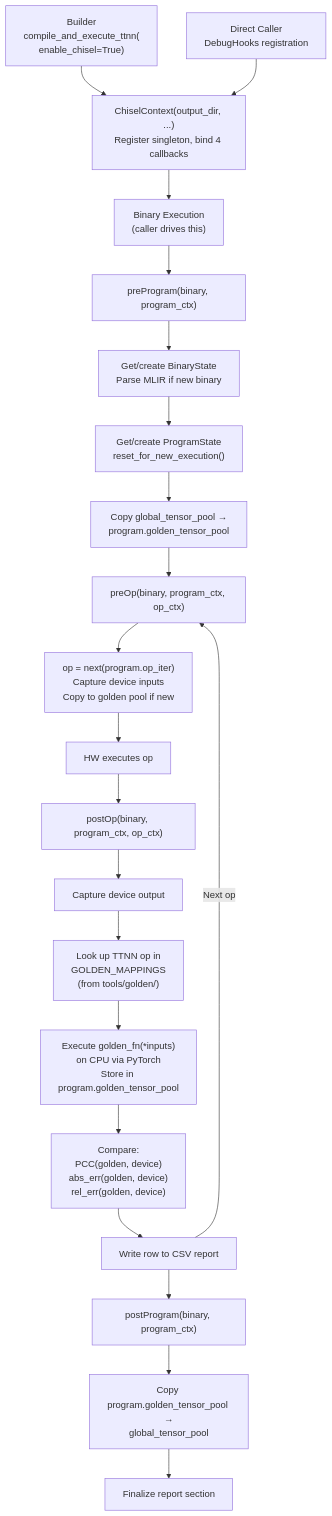
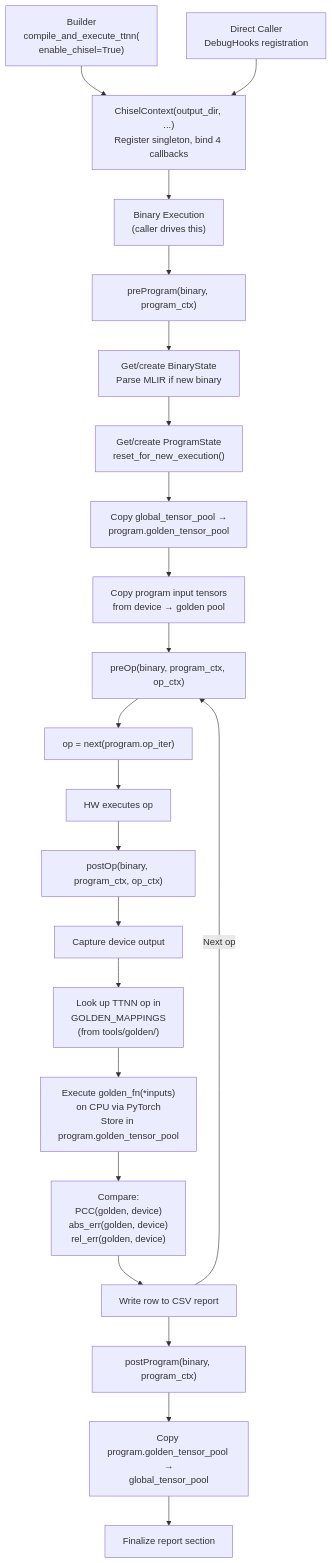
One commit to tenstorrent/tt-mlir changed the second of 4 diagrams in tools/chisel/docs/architecture.md. Above: the diagram before and after it, drawn with Mermaid. The commit also changed other lines of this file and 7 other files, not shown here.

````diff
--- a/tools/chisel/docs/architecture.md
+++ b/tools/chisel/docs/architecture.md
@@ -131,32 +131,33 @@
 ```mermaid
 flowchart TD;
     BUILDER["Builder<br/>compile_and_execute_ttnn(<br/>enable_chisel=True)"]
     DIRECT["Direct Caller<br/>DebugHooks registration"]
 
     BUILDER --> INIT["ChiselContext(output_dir, ...)<br/>Register singleton, bind 4 callbacks"]
     DIRECT --> INIT
 
     INIT --> EXEC["Binary Execution<br/>(caller drives this)"]
 
     EXEC --> PREPROG["preProgram(binary, program_ctx)"]
     PREPROG --> S0["Get/create BinaryState<br/>Parse MLIR if new binary"]
     S0 --> S1["Get/create ProgramState<br/>reset_for_new_execution()"]
     S1 --> S2["Copy global_tensor_pool →<br/>program.golden_tensor_pool"]
+    S2 --> S2b["Copy program input tensors<br/>from device → golden pool"]
 
-    S2 --> PREOP["preOp(binary, program_ctx, op_ctx)"]
-    PREOP --> S3["op = next(program.op_iter)<br/>Capture device inputs<br/>Copy to golden pool if new"]
+    S2b --> PREOP["preOp(binary, program_ctx, op_ctx)"]
+    PREOP --> S3["op = next(program.op_iter)"]
 
     S3 --> HW["HW executes op"]
     HW --> POSTOP["postOp(binary, program_ctx, op_ctx)"]
     POSTOP --> S4["Capture device output"]
     S4 --> S5["Look up TTNN op in<br/>GOLDEN_MAPPINGS<br/>(from tools/golden/)"]
     S5 --> S6["Execute golden_fn(*inputs)<br/>on CPU via PyTorch<br/>Store in program.golden_tensor_pool"]
     S6 --> S7["Compare:<br/>PCC(golden, device)<br/>abs_err(golden, device)<br/>rel_err(golden, device)"]
     S7 --> S8["Write row to CSV report"]
 
     S8 -->|"Next op"| PREOP
 
     S8 --> POSTPROG["postProgram(binary, program_ctx)"]
     POSTPROG --> S9["Copy program.golden_tensor_pool →<br/>global_tensor_pool"]
     S9 --> S10["Finalize report section"]
 ```
````
